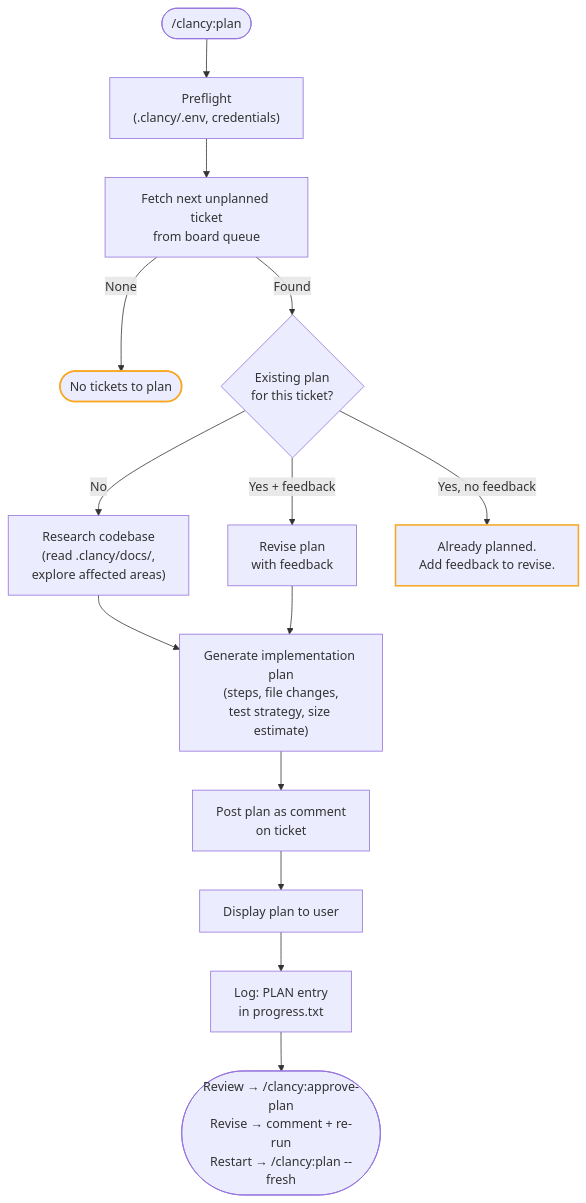
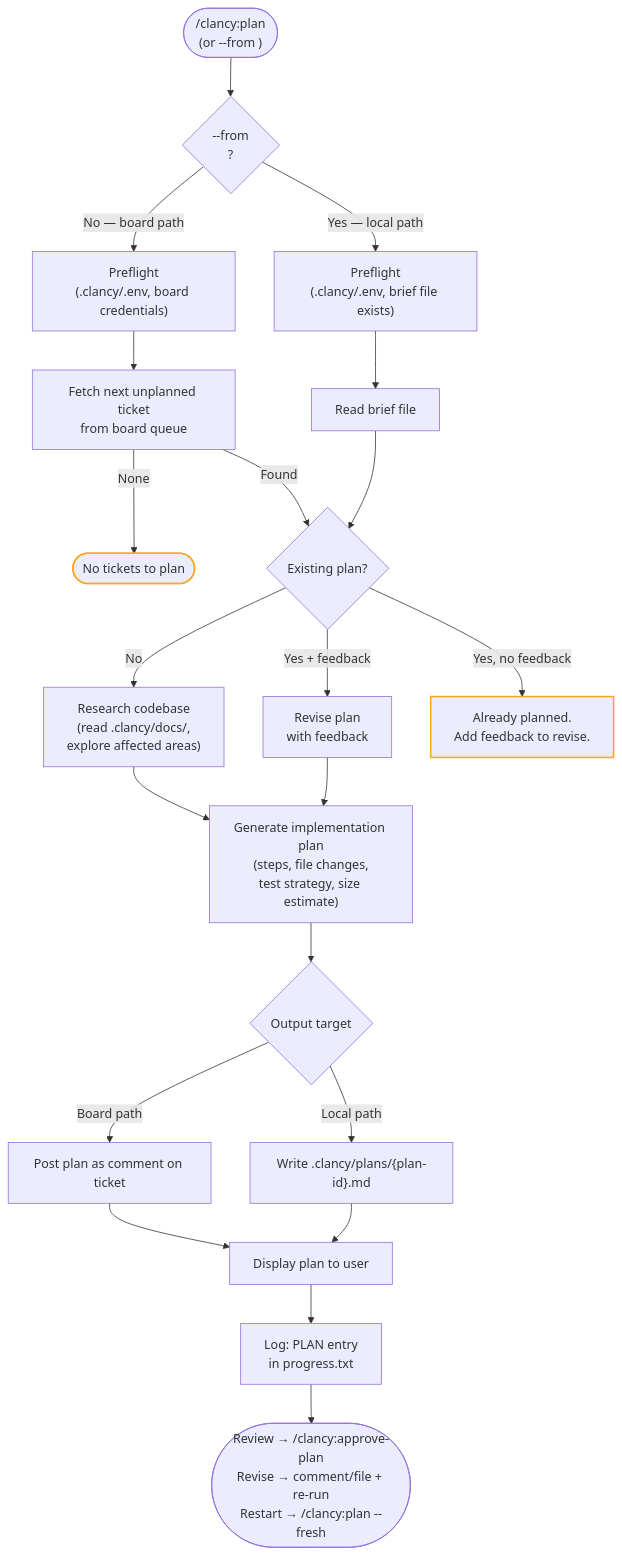
One commit to Pushedskydiver/chief-clancy changed the tenth of 14 diagrams in docs/VISUAL-ARCHITECTURE.md. Above: the diagram before and after it, drawn with Mermaid. The commit also changed other lines of this file and 4 other files, not shown here.

First line of the commit message:
📝 docs: VISUAL-ARCHITECTURE + DA-driven fixes

````diff
--- a/docs/VISUAL-ARCHITECTURE.md
+++ b/docs/VISUAL-ARCHITECTURE.md
@@ -563,24 +605,36 @@
 ```mermaid
 flowchart TD
-    Start(["/clancy:plan"]) --> Preflight["Preflight\n(.clancy/.env, credentials)"]
+    Start(["/clancy:plan\n(or --from <brief>)"]) --> Mode{"--from\n<brief>?"}
+
+    Mode -->|No — board path| Preflight["Preflight\n(.clancy/.env, board credentials)"]
+    Mode -->|Yes — local path| LocalPreflight["Preflight\n(.clancy/.env, brief file exists)"]
+
     Preflight --> Fetch["Fetch next unplanned ticket\nfrom board queue"]
     Fetch -->|None| Done(["No tickets to plan"])
-    Fetch -->|Found| AutoDetect{"Existing plan\nfor this ticket?"}
+    Fetch -->|Found| AutoDetect
 
+    LocalPreflight --> LoadBrief["Read brief file"]
+    LoadBrief --> AutoDetect
+
+    AutoDetect{"Existing plan?"}
     AutoDetect -->|No| Research
     AutoDetect -->|"Yes + feedback"| Revise["Revise plan\nwith feedback"]
     AutoDetect -->|"Yes, no feedback"| AlreadyPlanned["Already planned.\nAdd feedback to revise."]
 
     Research["Research codebase\n(read .clancy/docs/,\nexplore affected areas)"] --> Generate
-
     Revise --> Generate
 
-    Generate["Generate implementation plan\n(steps, file changes,\ntest strategy, size estimate)"] --> Post["Post plan as comment\non ticket"]
+    Generate["Generate implementation plan\n(steps, file changes,\ntest strategy, size estimate)"] --> Output
 
-    Post --> Display["Display plan to user"]
+    Output{"Output target"}
+    Output -->|Board path| PostBoard["Post plan as comment on ticket"]
+    Output -->|Local path| WriteFile["Write .clancy/plans/{plan-id}.md"]
+
+    PostBoard --> Display["Display plan to user"]
+    WriteFile --> Display
     Display --> Log["Log: PLAN entry\nin progress.txt"]
-    Log --> NextSteps(["Review → /clancy:approve-plan\nRevise → comment + re-run\nRestart → /clancy:plan --fresh"])
+    Log --> NextSteps(["Review → /clancy:approve-plan\nRevise → comment/file + re-run\nRestart → /clancy:plan --fresh"])
 
     style AlreadyPlanned stroke:#f9a825,stroke-width:2px
     style Done stroke:#f9a825,stroke-width:2px
 ```
````
